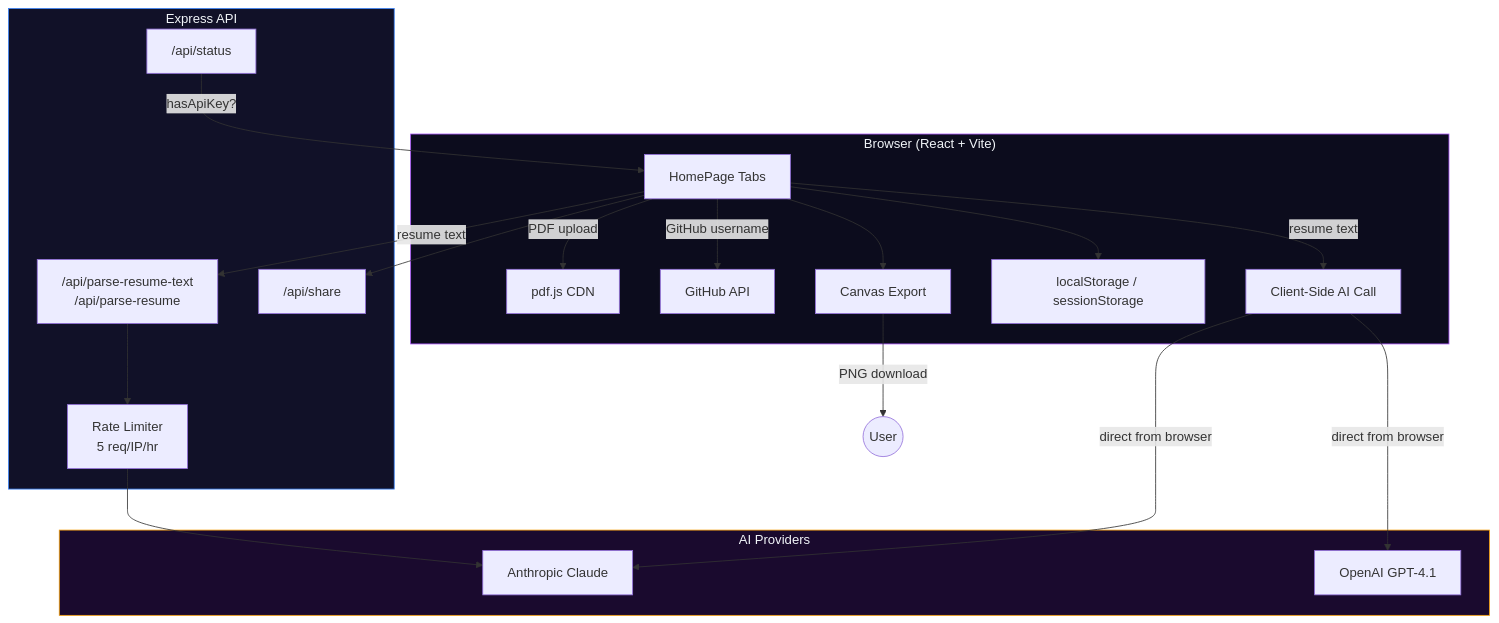
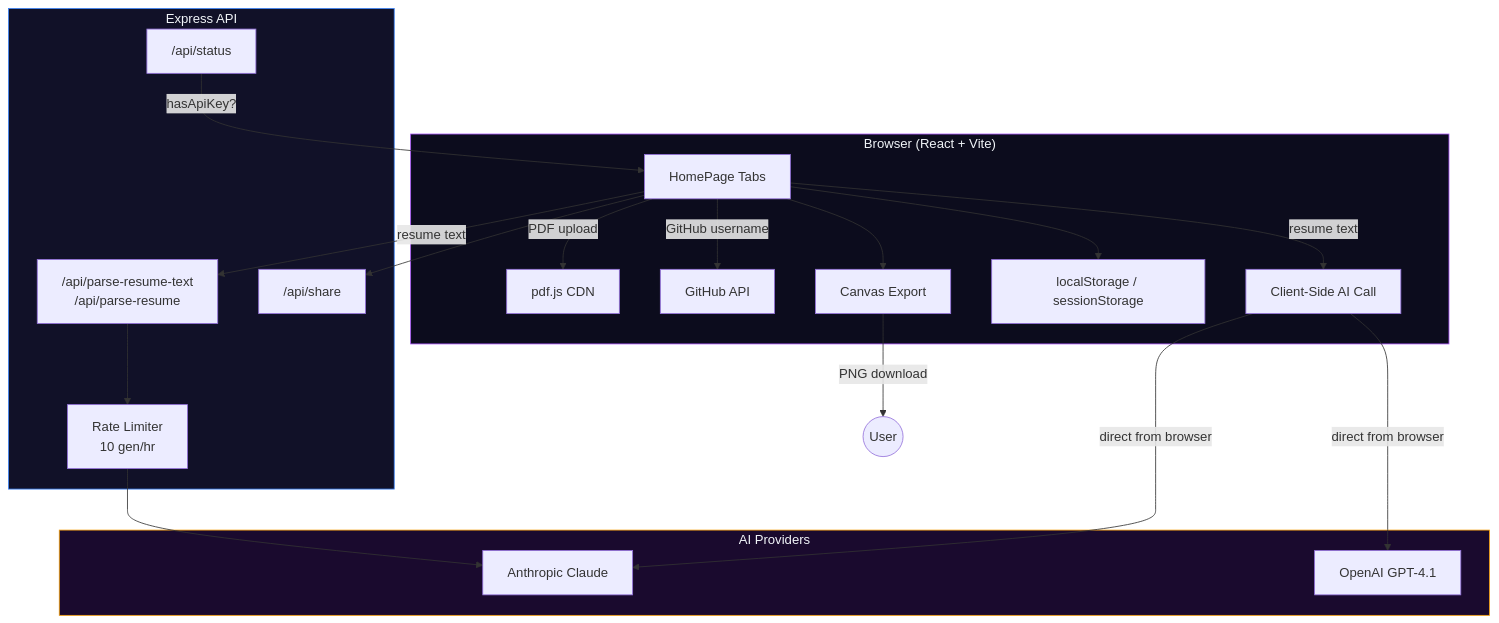
The first of 4 diagrams in README.md (hariharanragothaman/ResumeRPG), drawn with Mermaid before and after one commit. The commit also changed other lines of this file and 7 other files, not shown here.

````diff
--- a/README.md
+++ b/README.md
@@ -11,39 +11,39 @@
 ```mermaid
 graph TB
     subgraph Client["Browser (React + Vite)"]
         UI[HomePage Tabs]
         PDF[pdf.js CDN]
         GH[GitHub API]
         CS[Client-Side AI Call]
         LS[localStorage / sessionStorage]
         CE[Canvas Export]
     end
 
     subgraph Server["Express API"]
-        RL[Rate Limiter<br/>5 req/IP/hr]
+        RL[Rate Limiter<br/>10 gen/hr]
         EP["/api/parse-resume-text<br/>/api/parse-resume"]
         SH["/api/share"]
         ST["/api/status"]
     end
 
     subgraph AI["AI Providers"]
         CL[Anthropic Claude]
         OA[OpenAI GPT-4.1]
     end
 
     UI -->|PDF upload| PDF
     UI -->|GitHub username| GH
     UI -->|resume text| CS
     UI -->|resume text| EP
     CS -->|direct from browser| CL
     CS -->|direct from browser| OA
     EP --> RL --> CL
     UI --> CE -->|PNG download| User((User))
     UI --> LS
     UI --> SH
     ST -->|hasApiKey?| UI
 
     style Client fill:#0c0c1d,stroke:#a855f7,color:#f1f5f9
     style Server fill:#111128,stroke:#3b82f6,color:#f1f5f9
     style AI fill:#1a0a2e,stroke:#f59e0b,color:#f1f5f9
 ```
````
